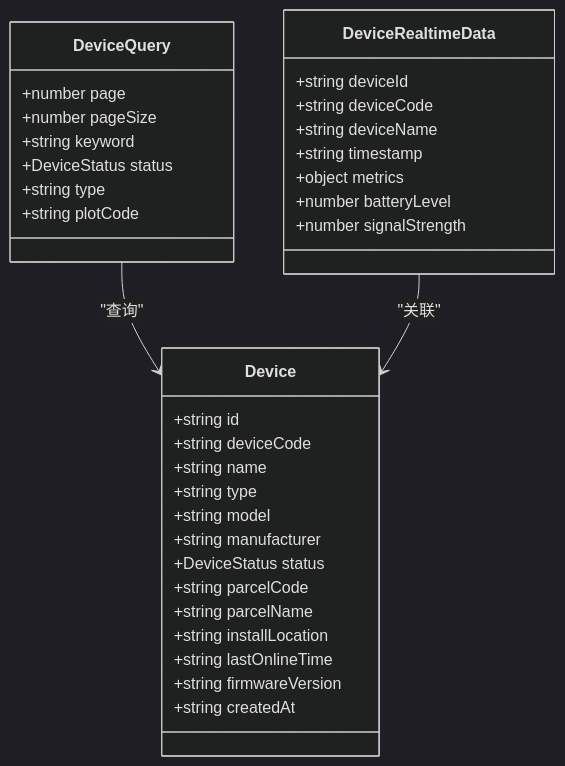
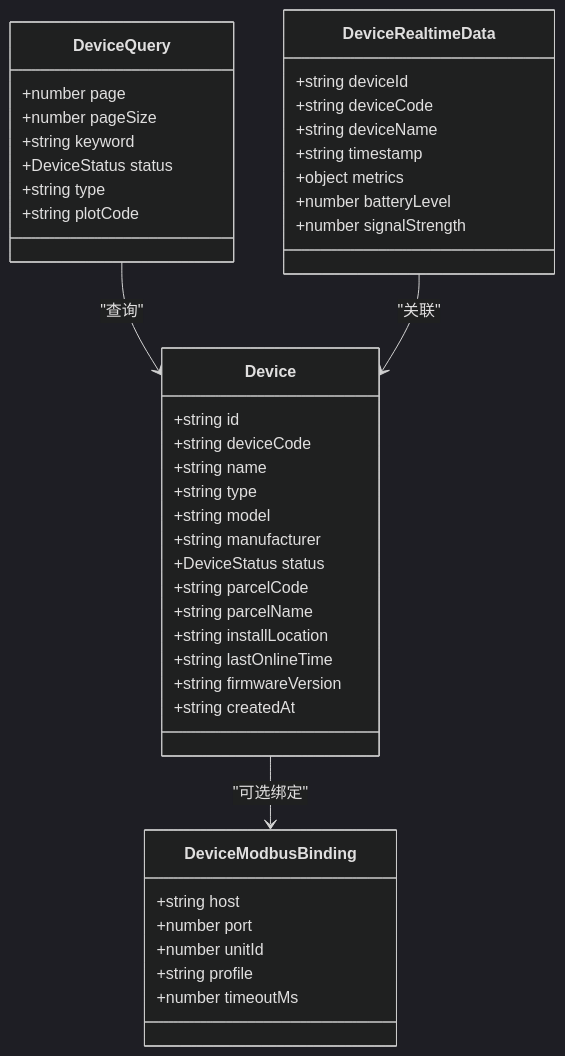
Before and after one commit to q446328246/agri-platform: the ninth of 10 diagrams in .qoder/repowiki/zh/content/前端应用文档/核心页面/设备监控页面/设备列表页面.md, drawn with Mermaid (dark theme). The commit also changed other lines of this file and 25 other files, not shown here.

````diff
--- a/.qoder/repowiki/zh/content/前端应用文档/核心页面/设备监控页面/设备列表页面.md
+++ b/.qoder/repowiki/zh/content/前端应用文档/核心页面/设备监控页面/设备列表页面.md
@@ -334,37 +398,45 @@
 ```mermaid
 classDiagram
 class Device {
 +string id
 +string deviceCode
 +string name
 +string type
 +string model
 +string manufacturer
 +DeviceStatus status
 +string parcelCode
 +string parcelName
 +string installLocation
 +string lastOnlineTime
 +string firmwareVersion
 +string createdAt
 }
 class DeviceQuery {
 +number page
 +number pageSize
 +string keyword
 +DeviceStatus status
 +string type
 +string plotCode
 }
 class DeviceRealtimeData {
 +string deviceId
 +string deviceCode
 +string deviceName
 +string timestamp
 +object metrics
 +number batteryLevel
 +number signalStrength
 }
+class DeviceModbusBinding {
++string host
++number port
++number unitId
++string profile
++number timeoutMs
+}
 DeviceQuery --> Device : "查询"
 DeviceRealtimeData --> Device : "关联"
+Device --> DeviceModbusBinding : "可选绑定"
 ```
````
